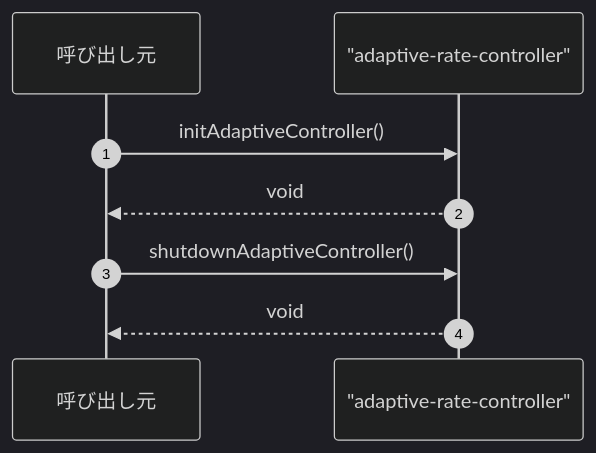
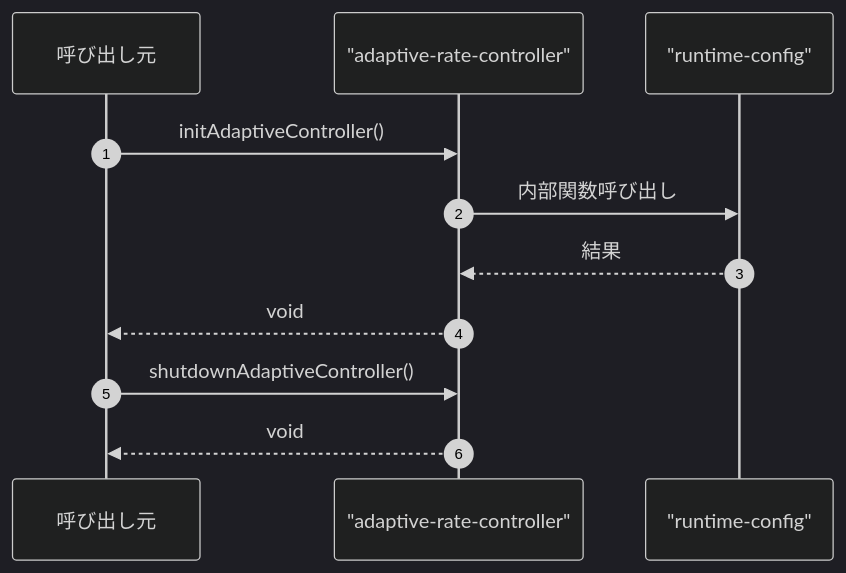
The fourth of 4 diagrams in ABDD/.pi/lib/adaptive-rate-controller.md (Mekann2904/mekann), drawn with Mermaid (dark theme) before and after one commit. The commit also changed other lines of this file and 136 other files, not shown here.

````diff
--- a/ABDD/.pi/lib/adaptive-rate-controller.md
+++ b/ABDD/.pi/lib/adaptive-rate-controller.md
@@ -117,12 +131,15 @@
 ```mermaid
 sequenceDiagram
   autonumber
   participant Caller as 呼び出し元
   participant adaptive_rate_controller as "adaptive-rate-controller"
+  participant runtime_config as "runtime-config"
 
   Caller->>adaptive_rate_controller: initAdaptiveController()
+  adaptive_rate_controller->>runtime_config: 内部関数呼び出し
+  runtime_config-->>adaptive_rate_controller: 結果
   adaptive_rate_controller-->>Caller: void
 
   Caller->>adaptive_rate_controller: shutdownAdaptiveController()
   adaptive_rate_controller-->>Caller: void
 ```
````
